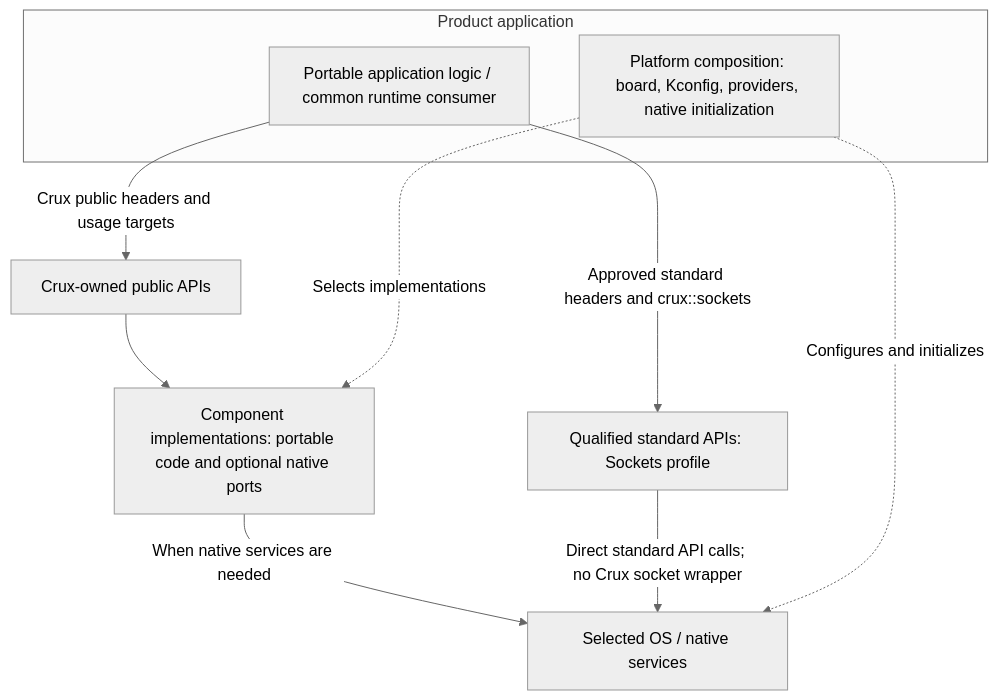
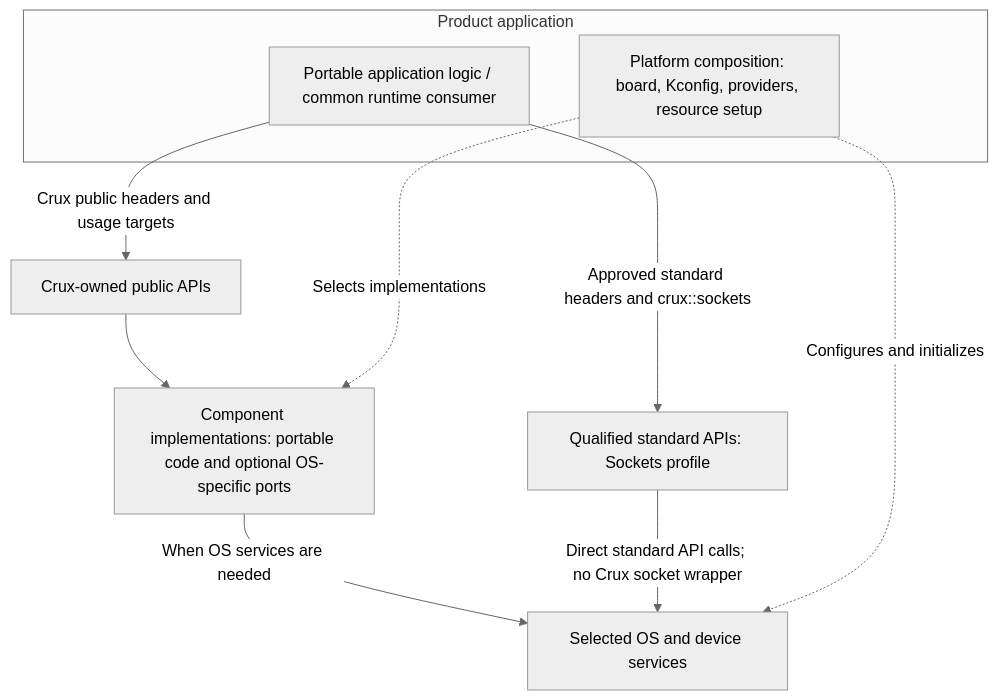
Before and after one commit to wonny-labs/crux-pilot: the diagram in docs/architecture.md, drawn with Mermaid (neutral theme). The commit also changed other lines of this file and 4 other files, not shown here.

First line of the commit message:
docs: clarify platform composition and OS-specific terminology (#72)

````diff
--- a/docs/architecture.md
+++ b/docs/architecture.md
@@ -17,18 +17,18 @@
 ```mermaid
 flowchart TB
     subgraph Product["Product application"]
         P["Portable application logic / common runtime consumer"]
-        X["Platform composition: board, Kconfig, providers, native initialization"]
+        X["Platform composition: board, Kconfig, providers, resource setup"]
     end
     A["Crux-owned public APIs"]
-    C["Component implementations: portable code and optional native ports"]
+    C["Component implementations: portable code and optional OS-specific ports"]
     S["Qualified standard APIs: Sockets profile"]
-    N["Selected OS / native services"]
+    N["Selected OS and device services"]
     P -->|"Crux public headers and usage targets"| A
     A --> C
-    C -->|"When native services are needed"| N
+    C -->|"When OS services are needed"| N
     P -->|"Approved standard headers and crux::sockets"| S
     S -->|"Direct standard API calls; no Crux socket wrapper"| N
     X -.->|"Selects implementations"| C
     X -.->|"Configures and initializes"| N
 ```
````
